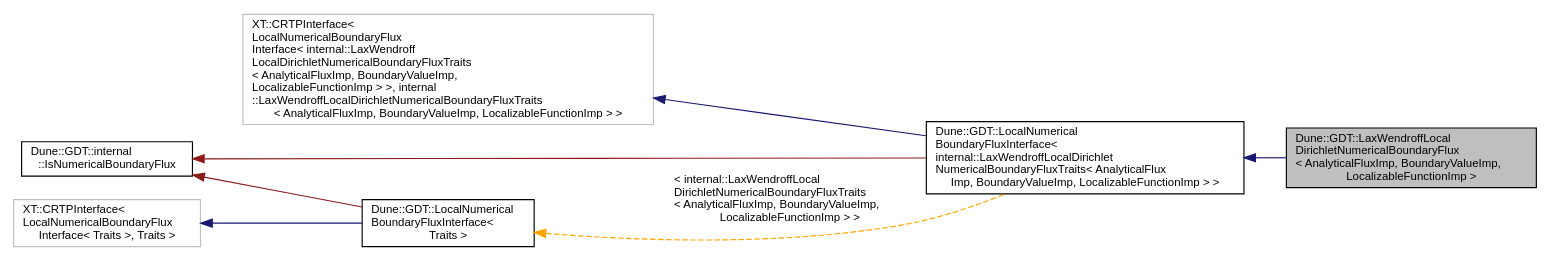
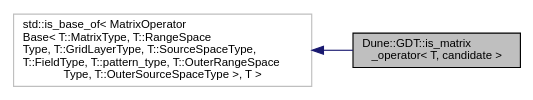
One commit to dune-community/dune-community.github.io changed the diagram in docs/dune-gdt/master/a00941.dot. Above: the diagram before and after it, drawn with Graphviz. The commit also changed 2969 other files, not shown here.

Commit message:
Updated documentation for dune-gdt master

```diff
--- a/docs/dune-gdt/master/a00941.dot
+++ b/docs/dune-gdt/master/a00941.dot
@@ -1,18 +1,9 @@
-digraph "Dune::GDT::LaxWendroffLocalDirichletNumericalBoundaryFlux&lt; AnalyticalFluxImp, BoundaryValueImp, LocalizableFunctionImp &gt;"
+digraph "Dune::GDT::is_matrix_operator&lt; T, candidate &gt;"
 {
   edge [fontname="Helvetica",fontsize="10",labelfontname="Helvetica",labelfontsize="10"];
   node [fontname="Helvetica",fontsize="10",shape=record];
   rankdir="LR";
-  Node1 [label="Dune::GDT::LaxWendroffLocal\lDirichletNumericalBoundaryFlux\l\< AnalyticalFluxImp, BoundaryValueImp,\l LocalizableFunctionImp \>",height=0.2,width=0.4,color="black", fillcolor="grey75", style="filled", fontcolor="black"];
+  Node1 [label="Dune::GDT::is_matrix\l_operator\< T, candidate \>",height=0.2,width=0.4,color="black", fillcolor="grey75", style="filled", fontcolor="black"];
   Node2 -> Node1 [dir="back",color="midnightblue",fontsize="10",style="solid",fontname="Helvetica"];
-  Node2 [label="Dune::GDT::LocalNumerical\lBoundaryFluxInterface\<\l internal::LaxWendroffLocalDirichlet\lNumericalBoundaryFluxTraits\< AnalyticalFlux\lImp, BoundaryValueImp, LocalizableFunctionImp \> \>",height=0.2,width=0.4,color="black", fillcolor="white", style="filled",URL="$a00357.html"];
-  Node3 -> Node2 [dir="back",color="midnightblue",fontsize="10",style="solid",fontname="Helvetica"];
-  Node3 [label="XT::CRTPInterface\<\l LocalNumericalBoundaryFlux\lInterface\< internal::LaxWendroff\lLocalDirichletNumericalBoundaryFluxTraits\l\< AnalyticalFluxImp, BoundaryValueImp,\l LocalizableFunctionImp \> \>, internal\l::LaxWendroffLocalDirichletNumericalBoundaryFluxTraits\l\< AnalyticalFluxImp, BoundaryValueImp, LocalizableFunctionImp \> \>",height=0.2,width=0.4,color="grey75", fillcolor="white", style="filled"];
-  Node4 -> Node2 [dir="back",color="firebrick4",fontsize="10",style="solid",fontname="Helvetica"];
-  Node4 [label="Dune::GDT::internal\l::IsNumericalBoundaryFlux",height=0.2,width=0.4,color="black", fillcolor="white", style="filled",URL="$a00235.html"];
-  Node5 -> Node2 [dir="back",color="orange",fontsize="10",style="dashed",label=" \< internal::LaxWendroffLocal\lDirichletNumericalBoundaryFluxTraits\l\< AnalyticalFluxImp, BoundaryValueImp,\l LocalizableFunctionImp \> \>" ,fontname="Helvetica"];
-  Node5 [label="Dune::GDT::LocalNumerical\lBoundaryFluxInterface\<\l Traits \>",height=0.2,width=0.4,color="black", fillcolor="white", style="filled",URL="$a00357.html"];
-  Node6 -> Node5 [dir="back",color="midnightblue",fontsize="10",style="solid",fontname="Helvetica"];
-  Node6 [label="XT::CRTPInterface\<\l LocalNumericalBoundaryFlux\lInterface\< Traits \>, Traits \>",height=0.2,width=0.4,color="grey75", fillcolor="white", style="filled"];
-  Node4 -> Node5 [dir="back",color="firebrick4",fontsize="10",style="solid",fontname="Helvetica"];
+  Node2 [label="std::is_base_of\< MatrixOperator\lBase\< T::MatrixType, T::RangeSpace\lType, T::GridLayerType, T::SourceSpaceType,\l T::FieldType, T::pattern_type, T::OuterRangeSpace\lType, T::OuterSourceSpaceType \>, T \>",height=0.2,width=0.4,color="grey75", fillcolor="white", style="filled"];
 }
```
